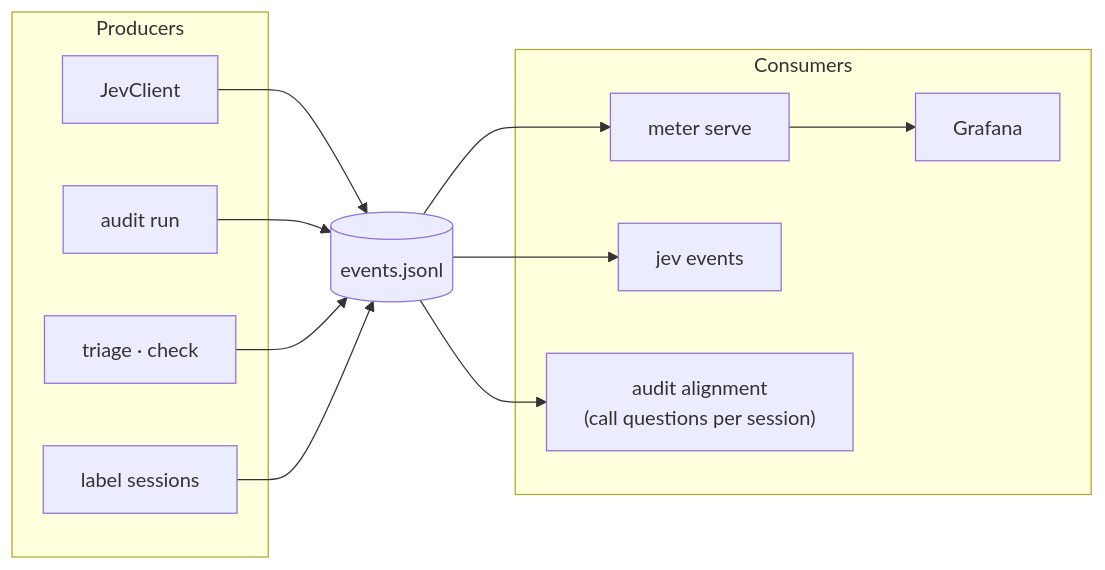
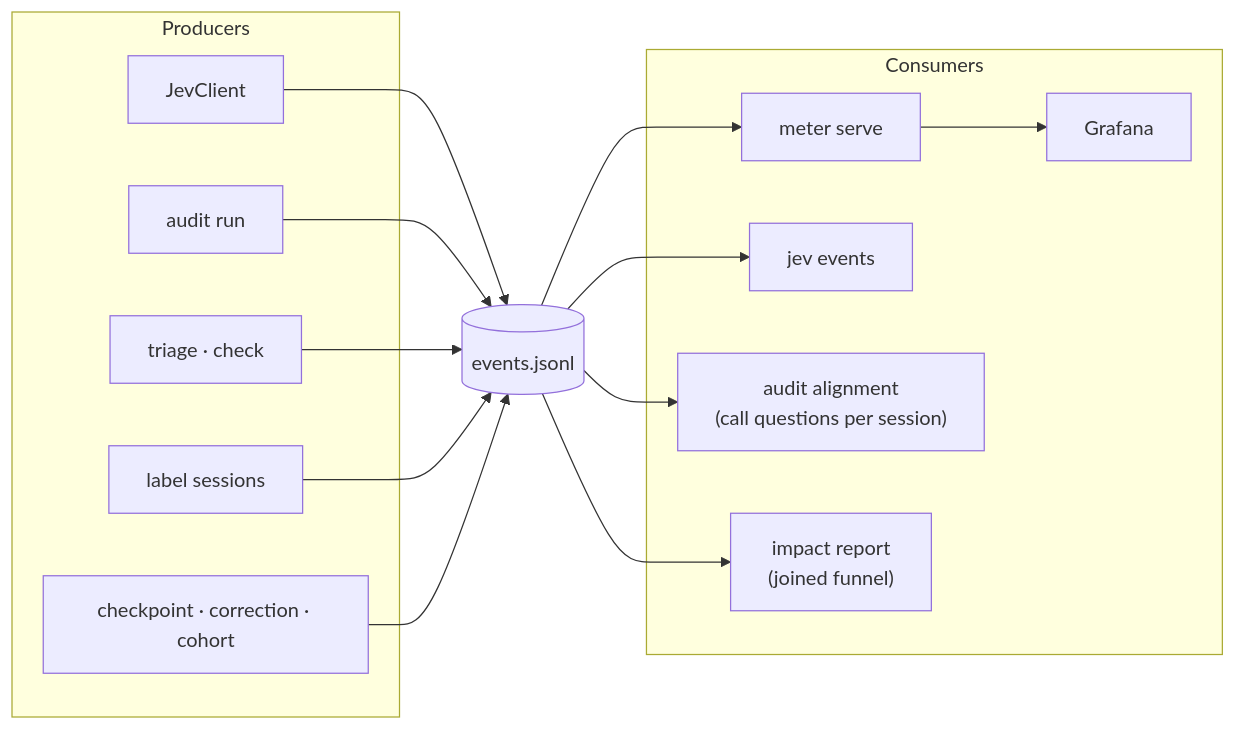
The third of 7 diagrams in docs/architecture.md (jbt95/jev-toolkit), drawn with Mermaid before and after one commit. The commit also changed other lines of this file and 25 other files, not shown here.

First line of the commit message:
feat(telemetry): complete the joined impact roadmap

````diff
--- a/docs/architecture.md
+++ b/docs/architecture.md
@@ -118,23 +121,27 @@
 ```mermaid
 flowchart LR
   subgraph producers["Producers"]
     JC["JevClient"]
     AR["audit run"]
     TR["triage · check"]
     LS["label sessions"]
+    CP["checkpoint · correction · cohort"]
   end
   LOG[("events.jsonl")]
   subgraph consumers["Consumers"]
     METER["meter serve"]
     DASH["Grafana"]
     CLI["jev events"]
     AUD["audit alignment<br/>(call questions per session)"]
+    IMP["impact report<br/>(joined funnel)"]
   end
   JC --> LOG
   AR --> LOG
   TR --> LOG
   LS --> LOG
+  CP --> LOG
   LOG --> METER --> DASH
   LOG --> CLI
   LOG --> AUD
+  LOG --> IMP
 ```
````
